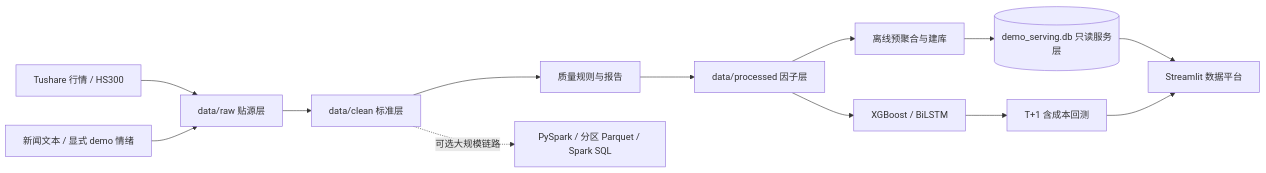
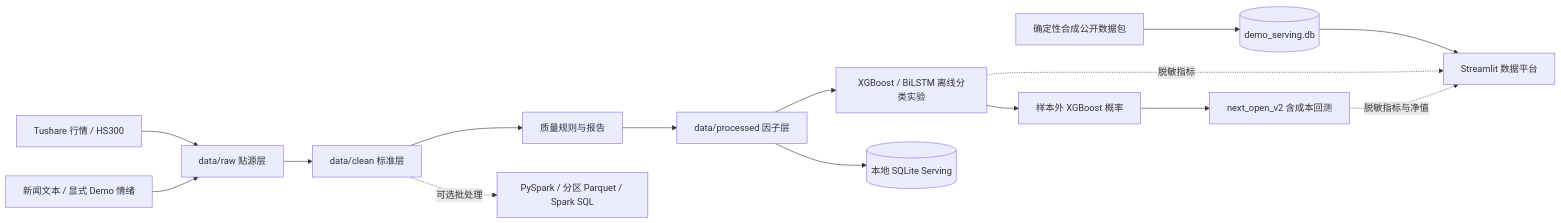
Before and after one commit to duerm85-cell/data-analysis-portfolio: the diagram in projects/01-a-stock-quant-analysis/README.md, drawn with Mermaid. The commit also changed other lines of this file and 11 other files, not shown here.

````diff
--- a/projects/01-a-stock-quant-analysis/README.md
+++ b/projects/01-a-stock-quant-analysis/README.md
@@ -65,15 +47,18 @@
 ```mermaid
 flowchart LR
-    A[Tushare 行情 / HS300] --> B[data/raw 贴源层]
-    N[新闻文本 / 显式 demo 情绪] --> B
-    B --> C[data/clean 标准层]
+    A[Tushare 行情 / HS300] --> R[data/raw 贴源层]
+    N[新闻文本 / 显式 Demo 情绪] --> R
+    R --> C[data/clean 标准层]
     C --> Q[质量规则与报告]
-    Q --> D[data/processed 因子层]
-    D --> E[离线预聚合与建库]
-    E --> S[(demo_serving.db 只读服务层)]
-    D --> M[XGBoost / BiLSTM]
-    M --> T[T+1 含成本回测]
-    S --> V[Streamlit 数据平台]
-    T --> V
-    C -. 可选大规模链路 .-> P[PySpark / 分区 Parquet / Spark SQL]
+    Q --> F[data/processed 因子层]
+    F --> M[XGBoost / BiLSTM 离线分类实验]
+    M --> P[样本外 XGBoost 概率]
+    P --> B[next_open_v2 含成本回测]
+    F --> L[(本地 SQLite Serving)]
+    C -. 可选批处理 .-> S[PySpark / 分区 Parquet / Spark SQL]
+
+    D[确定性合成公开数据包] --> DB[(demo_serving.db)]
+    DB --> V[Streamlit 数据平台]
+    M -. 脱敏指标 .-> V
+    B -. 脱敏指标与净值 .-> V
 ```
````
